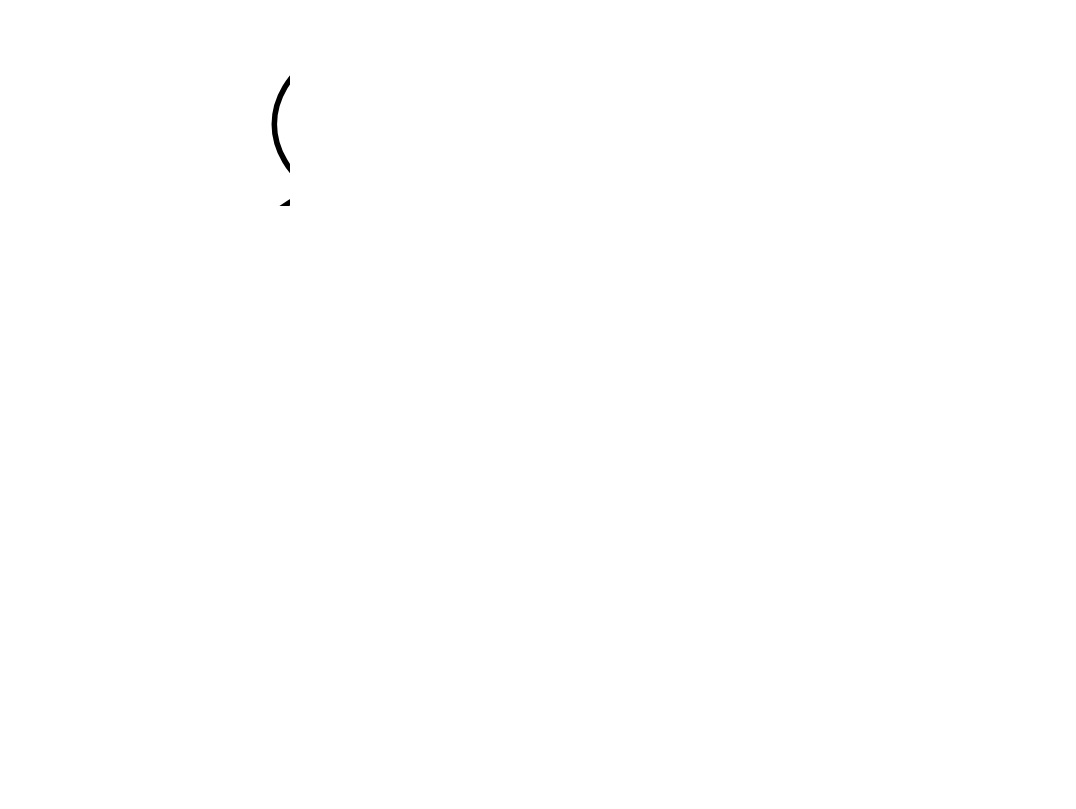
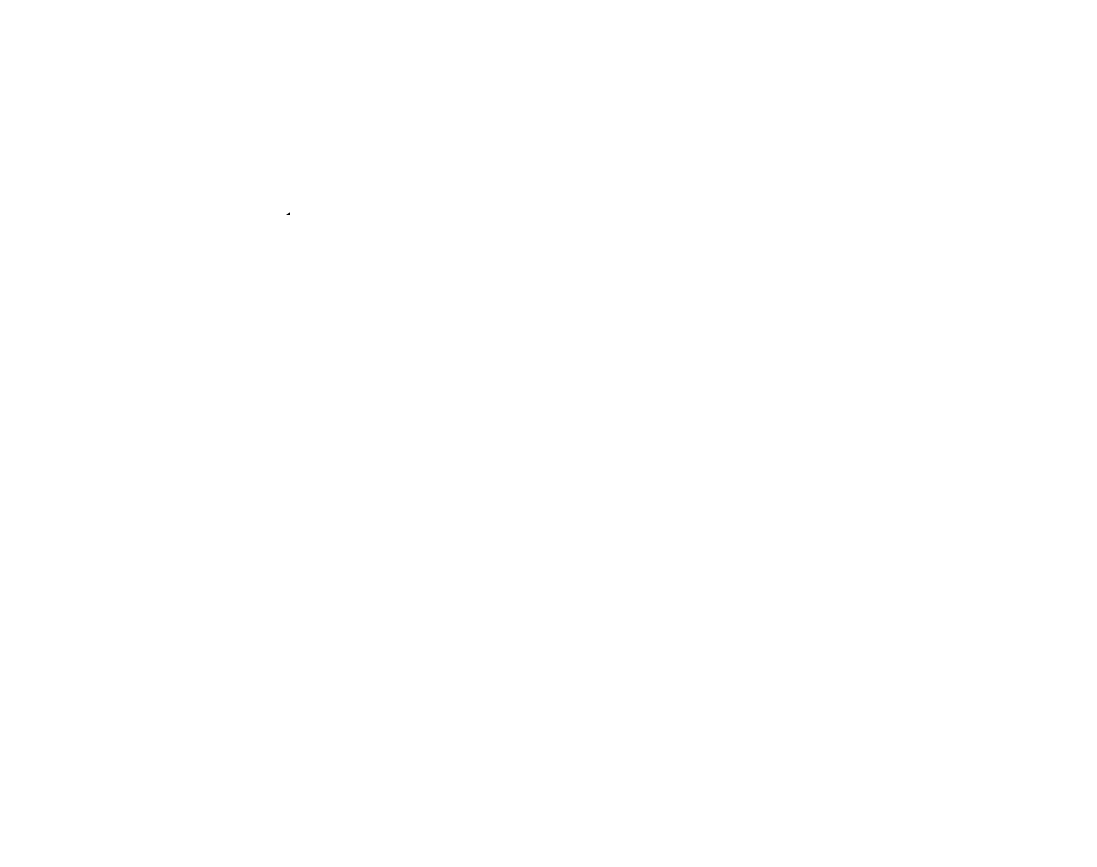
Before and after one commit to basictask/Intelligencia: the diagram in 3_solving_mdp/doc/graphs/solving_0.dot, drawn with Graphviz. The commit also changed 9 other files, not shown here.

Commit message:
added graph corrections to 3/solving_mdp

```diff
--- a/3_solving_mdp/doc/graphs/solving_0.dot
+++ b/3_solving_mdp/doc/graphs/solving_0.dot
@@ -1,16 +1,16 @@
 digraph bandit {
     graph [dpi=300];
     ranksep=1.0;
     nodestep=5.0;
 
     s [label="s"];
-    a1 [label="a1", style=filled, fillcolor=black, fontcolor=white, shape=circle, fixedsize=true, width=0.3];
-    a2 [label="a2", style=filled, fillcolor=black, fontcolor=white, shape=circle, fixedsize=true, width=0.3];
+    a1 [label=<a<sub>1</sub>>, style=filled, fillcolor=black, fontcolor=white, shape=circle, fixedsize=true, width=0.4];
+    a2 [label=<a<sub>2</sub>>, style=filled, fillcolor=black, fontcolor=white, shape=circle, fixedsize=true, width=0.4];
     
     s -> a1
     s -> a2
 
     a1 -> s [label="r~N(μ1,1)"]
     a2 -> s [label="r~N(μ2,1)"]
 
 }
```
